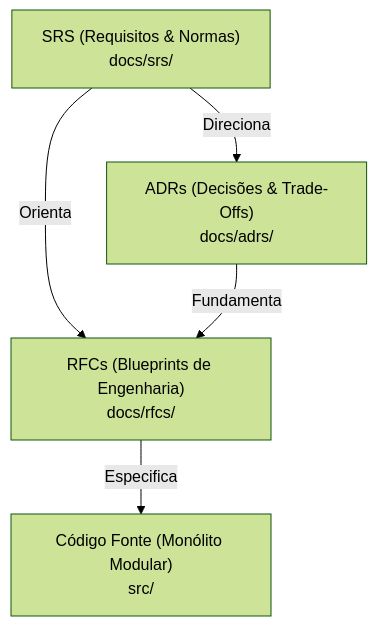
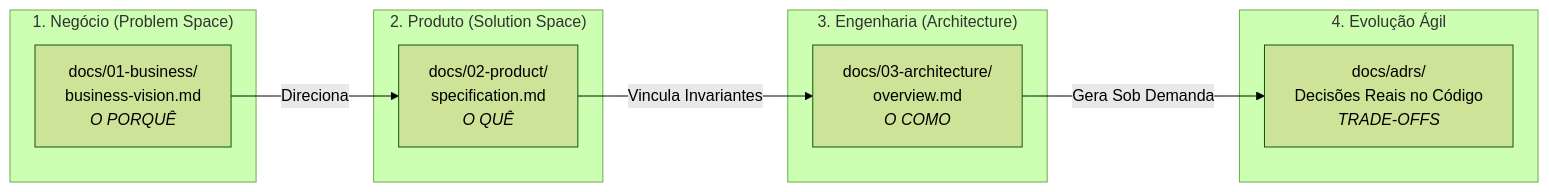
Before and after one commit to Rafaelp122/medisync: the diagram in docs/README.md, drawn with Mermaid (forest theme). The commit also changed other lines of this file and 1 other file, not shown here.

Commit message:
docs: rewrite README to reflect agile hexagonal governance and setup adrs dir

````diff
--- a/docs/README.md
+++ b/docs/README.md
@@ -10,12 +7,22 @@
 ```mermaid
-flowchart TD
-    SRS["SRS (Requisitos & Normas)<br/>docs/srs/"]
-    ADR["ADRs (Decisões & Trade-Offs)<br/>docs/adrs/"]
-    RFC["RFCs (Blueprints de Engenharia)<br/>docs/rfcs/"]
-    CODE["Código Fonte (Monólito Modular)<br/>src/"]
+flowchart LR
+    subgraph P1["1. Negócio (Problem Space)"]
+        BV["docs/01-business/<br/>business-vision.md<br/><i>O PORQUÊ</i>"]
+    end
 
-    SRS -->|Direciona| ADR
-    SRS -->|Orienta| RFC
-    ADR -->|Fundamenta| RFC
-    RFC -->|Especifica| CODE
+    subgraph P2["2. Produto (Solution Space)"]
+        SP["docs/02-product/<br/>specification.md<br/><i>O QUÊ</i>"]
+    end
+
+    subgraph P3["3. Engenharia (Architecture)"]
+        AR["docs/03-architecture/<br/>overview.md<br/><i>O COMO</i>"]
+    end
+
+    subgraph P4["4. Evolução Ágil"]
+        ADR["docs/adrs/<br/>Decisões Reais no Código<br/><i>TRADE-OFFS</i>"]
+    end
+
+    BV -->|Direciona| SP
+    SP -->|Vincula Invariantes| AR
+    AR -->|Gera Sob Demanda| ADR
 ```
````
